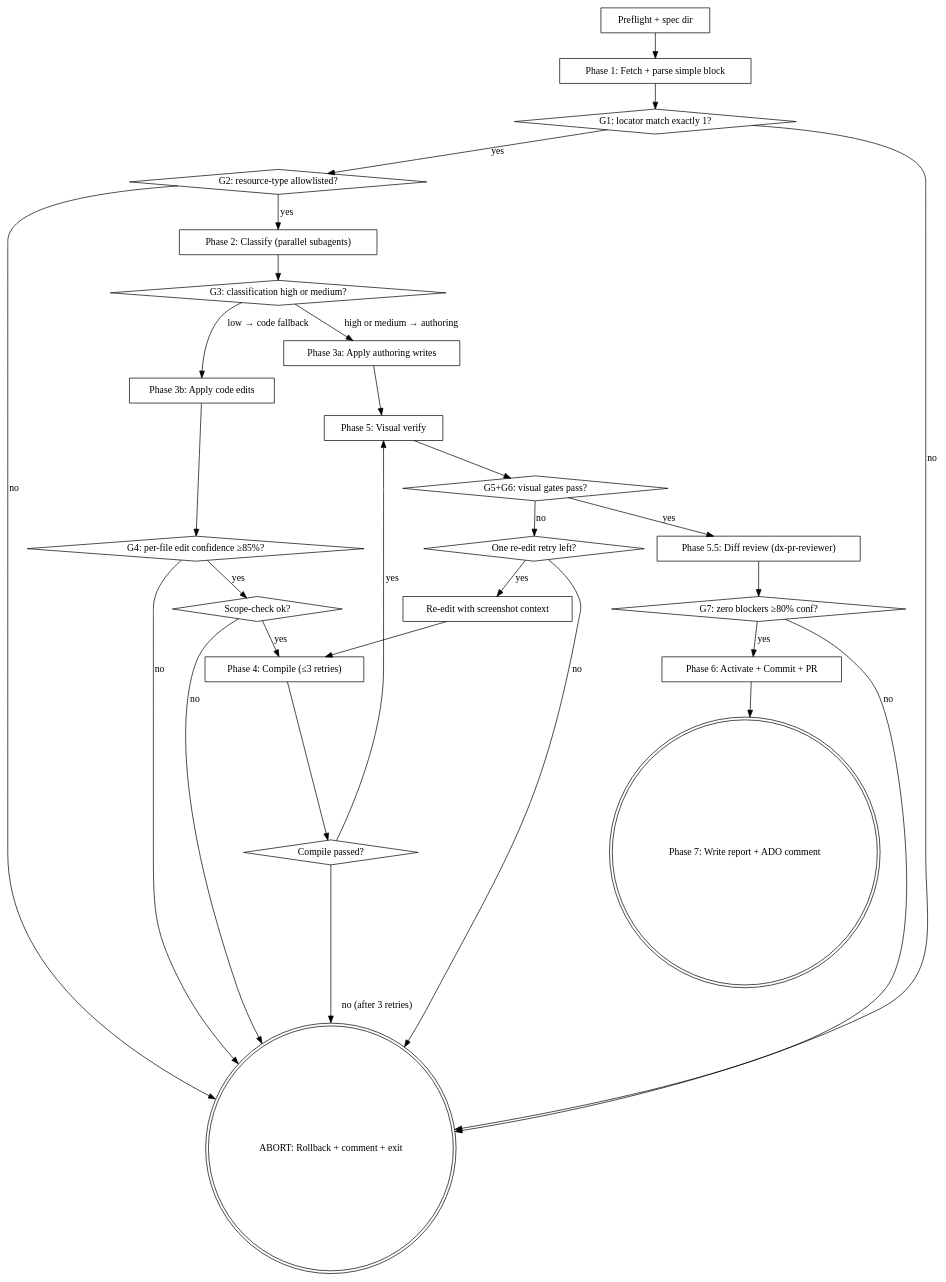
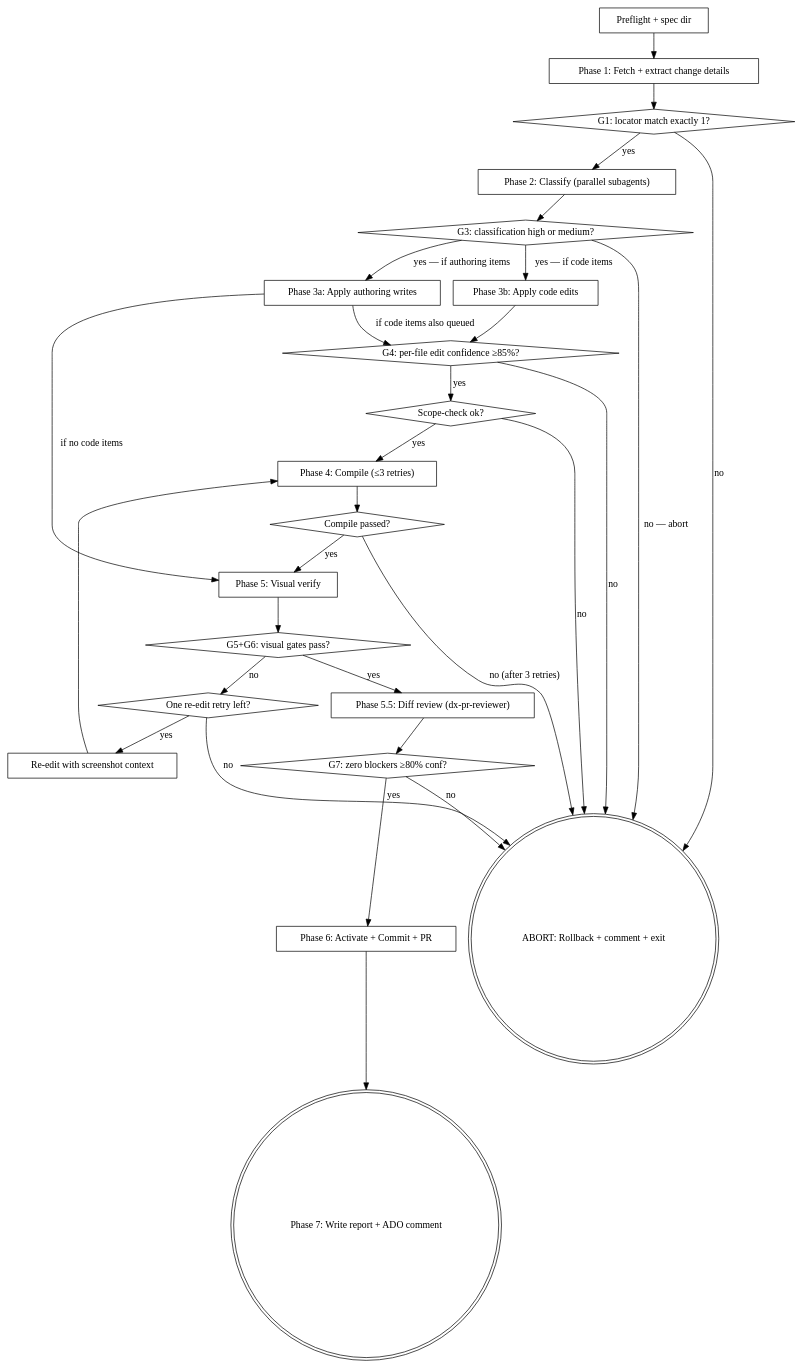
The diagram in plugins/dx-core/skills/dx-simple/SKILL.md (easingthemes/dx-aem-flow), drawn with Graphviz before and after one commit. The commit also changed other lines of this file and 9 other files, not shown here.

````diff
--- a/plugins/dx-core/skills/dx-simple/SKILL.md
+++ b/plugins/dx-core/skills/dx-simple/SKILL.md
@@ -100,54 +103,53 @@
 ```dot
 digraph dx_simple {
     "Preflight + spec dir" [shape=box];
-    "Phase 1: Fetch + parse simple block" [shape=box];
+    "Phase 1: Fetch + extract change details" [shape=box];
     "G1: locator match exactly 1?" [shape=diamond];
-    "G2: resource-type allowlisted?" [shape=diamond];
     "Phase 2: Classify (parallel subagents)" [shape=box];
     "G3: classification high or medium?" [shape=diamond];
     "Phase 3a: Apply authoring writes" [shape=box];
     "Phase 3b: Apply code edits" [shape=box];
     "G4: per-file edit confidence ≥85%?" [shape=diamond];
     "Scope-check ok?" [shape=diamond];
     "Phase 4: Compile (≤3 retries)" [shape=box];
     "Compile passed?" [shape=diamond];
     "Phase 5: Visual verify" [shape=box];
     "G5+G6: visual gates pass?" [shape=diamond];
     "One re-edit retry left?" [shape=diamond];
     "Re-edit with screenshot context" [shape=box];
     "Phase 5.5: Diff review (dx-pr-reviewer)" [shape=box];
     "G7: zero blockers ≥80% conf?" [shape=diamond];
     "Phase 6: Activate + Commit + PR" [shape=box];
     "Phase 7: Write report + ADO comment" [shape=doublecircle];
     "ABORT: Rollback + comment + exit" [shape=doublecircle];
 
-    "Preflight + spec dir" -> "Phase 1: Fetch + parse simple block";
-    "Phase 1: Fetch + parse simple block" -> "G1: locator match exactly 1?";
+    "Preflight + spec dir" -> "Phase 1: Fetch + extract change details";
+    "Phase 1: Fetch + extract change details" -> "G1: locator match exactly 1?";
     "G1: locator match exactly 1?" -> "ABORT: Rollback + comment + exit" [label="no"];
-    "G1: locator match exactly 1?" -> "G2: resource-type allowlisted?" [label="yes"];
-    "G2: resource-type allowlisted?" -> "ABORT: Rollback + comment + exit" [label="no"];
-    "G2: resource-type allowlisted?" -> "Phase 2: Classify (parallel subagents)" [label="yes"];
+    "G1: locator match exactly 1?" -> "Phase 2: Classify (parallel subagents)" [label="yes"];
     "Phase 2: Classify (parallel subagents)" -> "G3: classification high or medium?";
-    "G3: classification high or medium?" -> "Phase 3a: Apply authoring writes" [label="high or medium → authoring"];
-    "G3: classification high or medium?" -> "Phase 3b: Apply code edits" [label="low → code fallback"];
-    "Phase 3a: Apply authoring writes" -> "Phase 5: Visual verify";
+    "G3: classification high or medium?" -> "ABORT: Rollback + comment + exit" [label="no — abort"];
+    "G3: classification high or medium?" -> "Phase 3a: Apply authoring writes" [label="yes — if authoring items"];
+    "G3: classification high or medium?" -> "Phase 3b: Apply code edits" [label="yes — if code items"];
+    "Phase 3a: Apply authoring writes" -> "Phase 5: Visual verify" [label="if no code items"];
+    "Phase 3a: Apply authoring writes" -> "G4: per-file edit confidence ≥85%?" [label="if code items also queued"];
     "Phase 3b: Apply code edits" -> "G4: per-file edit confidence ≥85%?";
     "G4: per-file edit confidence ≥85%?" -> "ABORT: Rollback + comment + exit" [label="no"];
     "G4: per-file edit confidence ≥85%?" -> "Scope-check ok?" [label="yes"];
     "Scope-check ok?" -> "ABORT: Rollback + comment + exit" [label="no"];
     "Scope-check ok?" -> "Phase 4: Compile (≤3 retries)" [label="yes"];
     "Phase 4: Compile (≤3 retries)" -> "Compile passed?";
     "Compile passed?" -> "Phase 5: Visual verify" [label="yes"];
     "Compile passed?" -> "ABORT: Rollback + comment + exit" [label="no (after 3 retries)"];
     "Phase 5: Visual verify" -> "G5+G6: visual gates pass?";
     "G5+G6: visual gates pass?" -> "Phase 5.5: Diff review (dx-pr-reviewer)" [label="yes"];
     "G5+G6: visual gates pass?" -> "One re-edit retry left?" [label="no"];
     "One re-edit retry left?" -> "Re-edit with screenshot context" [label="yes"];
     "One re-edit retry left?" -> "ABORT: Rollback + comment + exit" [label="no"];
     "Re-edit with screenshot context" -> "Phase 4: Compile (≤3 retries)";
     "Phase 5.5: Diff review (dx-pr-reviewer)" -> "G7: zero blockers ≥80% conf?";
     "G7: zero blockers ≥80% conf?" -> "ABORT: Rollback + comment + exit" [label="no"];
     "G7: zero blockers ≥80% conf?" -> "Phase 6: Activate + Commit + PR" [label="yes"];
     "Phase 6: Activate + Commit + PR" -> "Phase 7: Write report + ADO comment";
 }
 ```
````
